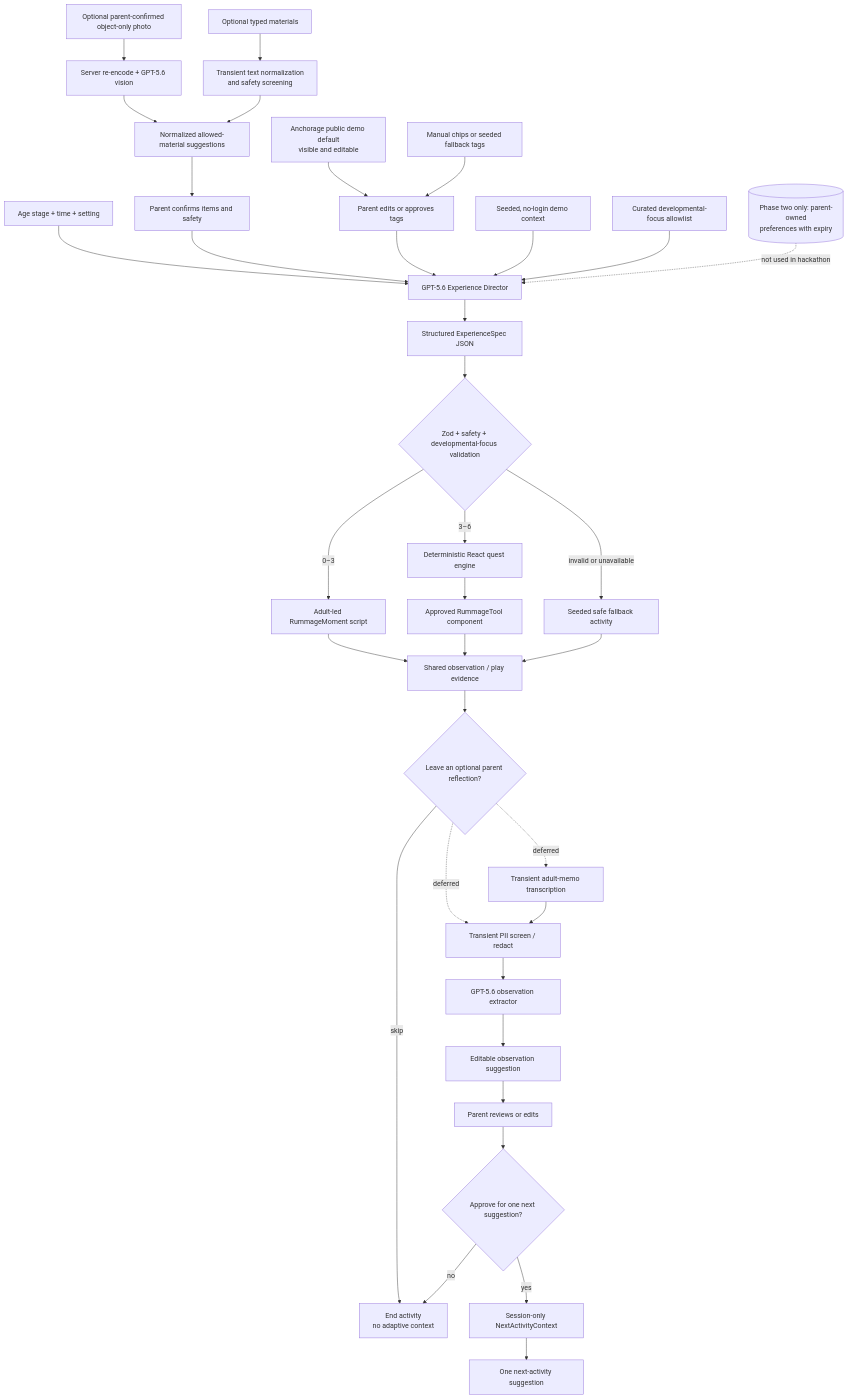
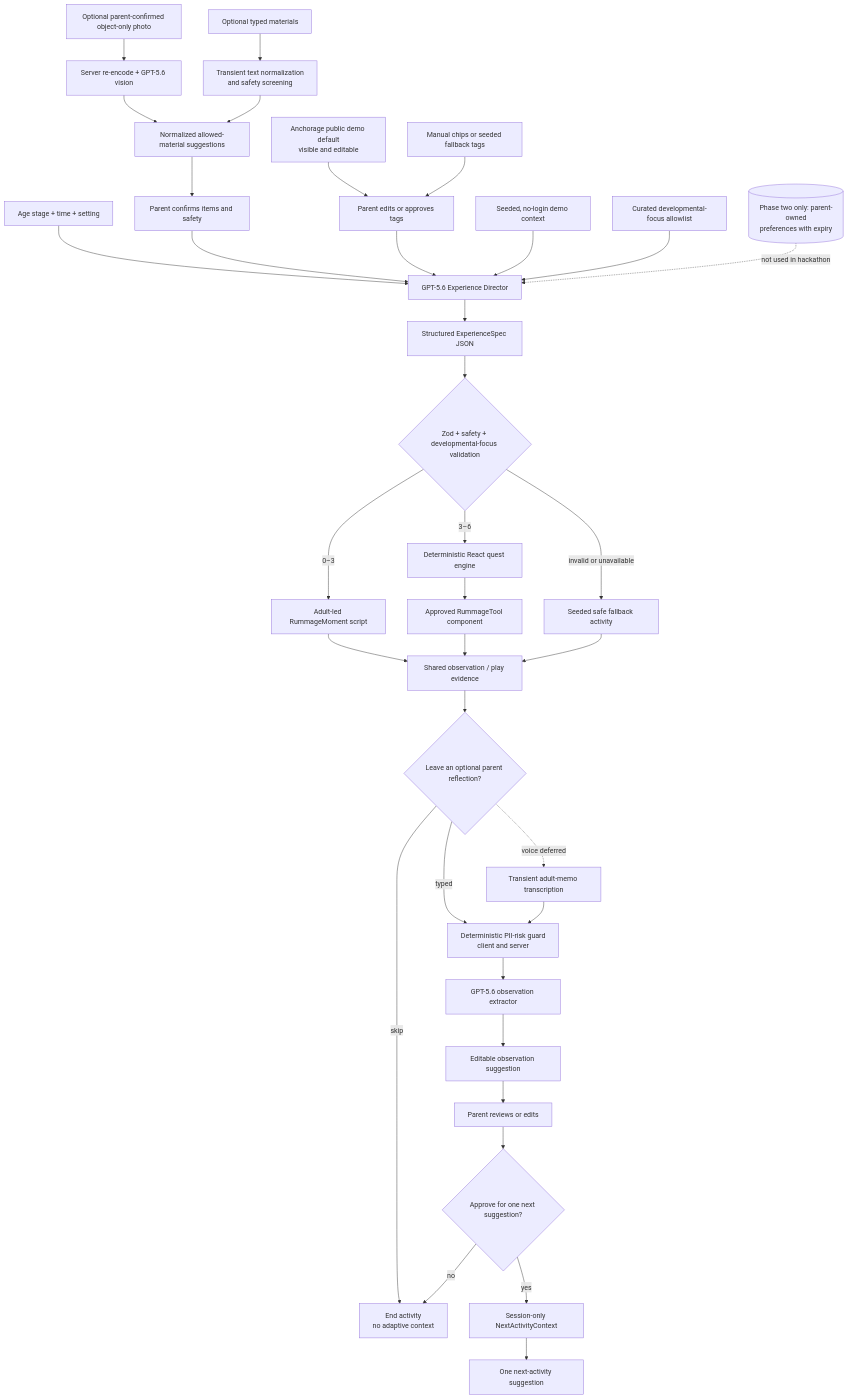
Before and after one commit to hqt08/RummageLab: the diagram in docs/architecture.md, drawn with Mermaid. The commit also changed other lines of this file and 23 other files, not shown here.

Commit message:
Add safe typed parent reflection

````diff
--- a/docs/architecture.md
+++ b/docs/architecture.md
@@ -8,39 +8,39 @@
 ```mermaid
 flowchart TB
   PHOTO["Optional parent-confirmed object-only photo"] --> VISION["Server re-encode + GPT-5.6 vision"]
   VISION --> INVENTORY["Normalized allowed-material suggestions"]
   TYPED["Optional typed materials"] --> NORMALIZE["Transient text normalization<br/>and safety screening"]
   NORMALIZE --> INVENTORY
   INPUT["Age stage + time + setting"] --> DIRECTOR
   INVENTORY --> CONFIRM["Parent confirms items and safety"]
   CONFIRM --> DIRECTOR
   CITY["Anchorage public demo default<br/>visible and editable"] --> WEATHER_CONFIRM["Parent edits or approves tags"]
   MANUAL["Manual chips or seeded fallback tags"] --> WEATHER_CONFIRM
   WEATHER_CONFIRM --> DIRECTOR
   DEMO_CONTEXT["Seeded, no-login demo context"] --> DIRECTOR
   GOALS["Curated developmental-focus allowlist"] --> DIRECTOR
 
   DIRECTOR["GPT-5.6 Experience Director"] --> JSON["Structured ExperienceSpec JSON"]
   JSON --> VALIDATE{"Zod + safety + developmental-focus validation"}
   VALIDATE -->|0–3| MOMENT["Adult-led RummageMoment script"]
   VALIDATE -->|3–6| RENDER["Deterministic React quest engine"]
   VALIDATE -->|invalid or unavailable| FALLBACK["Seeded safe fallback activity"]
   RENDER --> TOOL["Approved RummageTool component"]
   MOMENT --> ARTIFACT["Shared observation / play evidence"]
   TOOL --> ARTIFACT
   FALLBACK --> ARTIFACT
   ARTIFACT --> REFLECTION{"Leave an optional parent reflection?"}
-  REFLECTION -. "deferred" .-> TRANSCRIBE["Transient adult-memo transcription"]
-  REFLECTION -. "deferred" .-> SCREEN["Transient PII screen / redact"]
+  REFLECTION -. "voice deferred" .-> TRANSCRIBE["Transient adult-memo transcription"]
+  REFLECTION -->|typed| SCREEN["Deterministic PII-risk guard<br/>client and server"]
   REFLECTION -->|skip| END["End activity<br/>no adaptive context"]
   TRANSCRIBE --> SCREEN
   SCREEN --> EXTRACT["GPT-5.6 observation extractor"]
   EXTRACT --> EVENT["Editable observation suggestion"]
   EVENT --> REVIEW["Parent reviews or edits"]
   REVIEW --> APPROVE{"Approve for one next suggestion?"}
   APPROVE -->|yes| SESSION["Session-only NextActivityContext"]
   APPROVE -->|no| END
   SESSION --> NEXT["One next-activity suggestion"]
   FUTURE[("Phase two only: parent-owned<br/>preferences with expiry")]
   FUTURE -. "not used in hackathon" .-> DIRECTOR
 ```
````
